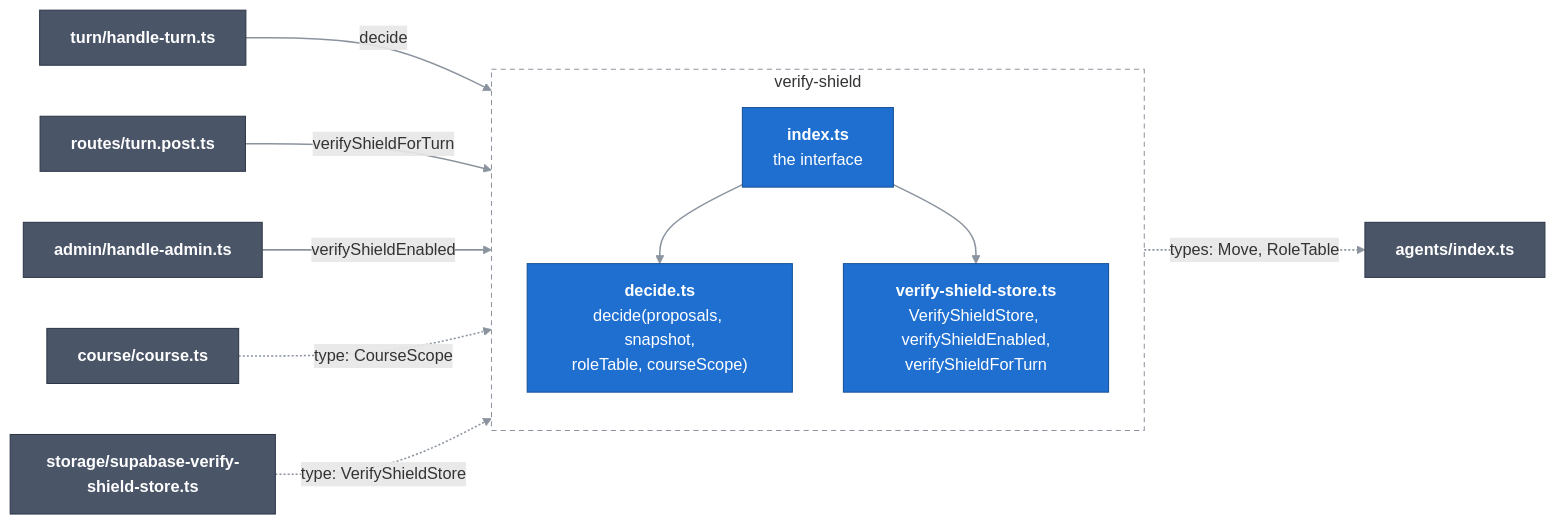
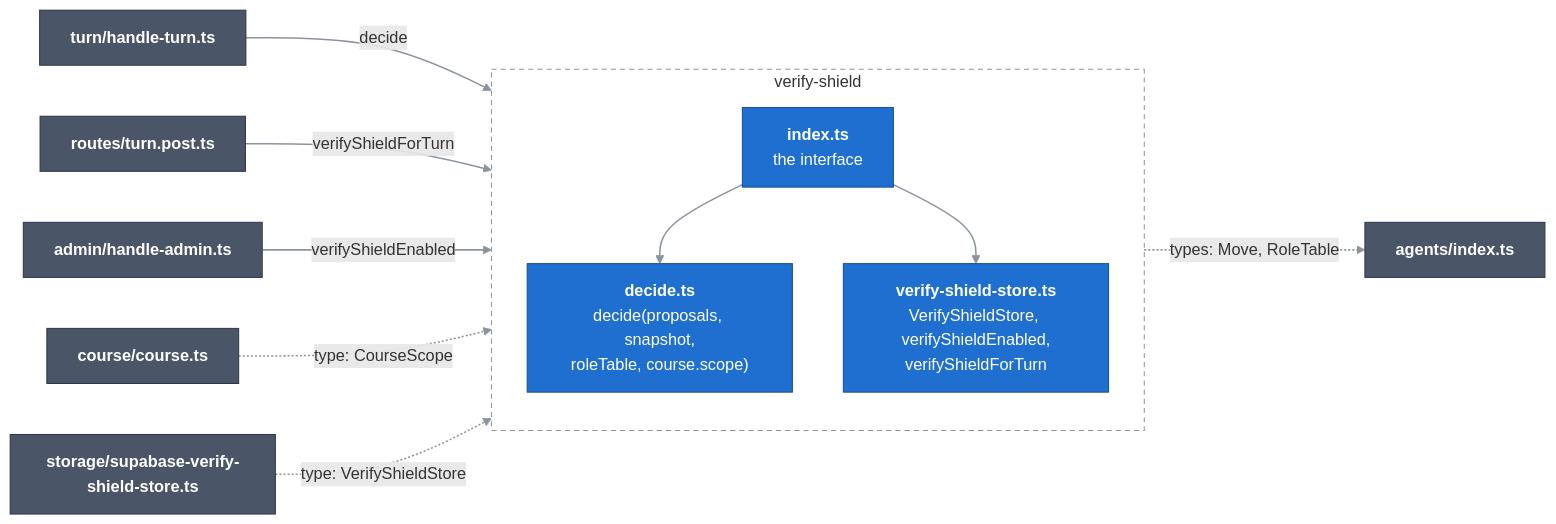
One commit to Bill2926/COS40005_HN9_Verifiable_Co-Learner_Agent changed the diagram in docs/c4/03-components/server/03-verify-shield.md. Above: the diagram before and after it, drawn with Mermaid. The commit also changed other lines of this file and 30 other files, not shown here.

````diff
--- a/docs/c4/03-components/server/03-verify-shield.md
+++ b/docs/c4/03-components/server/03-verify-shield.md
@@ -11,31 +11,31 @@
 ```mermaid
 flowchart LR
   classDef comp fill:#1f6fd0,stroke:#164f96,color:#ffffff
   classDef near fill:#4a5568,stroke:#2d3748,color:#ffffff
   linkStyle default stroke:#8b949e,stroke-width:1.5px
 
   handleTurn["<b>turn/handle-turn.ts</b>"]:::near
   turnRoute["<b>routes/turn.post.ts</b>"]:::near
   handleAdmin["<b>admin/handle-admin.ts</b>"]:::near
   course["<b>course/course.ts</b>"]:::near
   supaStore["<b>storage/supabase-verify-shield-store.ts</b>"]:::near
   agents["<b>agents/index.ts</b>"]:::near
 
   subgraph shield["verify-shield"]
     direction TB
     index["<b>index.ts</b><br/>the interface"]:::comp
-    decide["<b>decide.ts</b><br/>decide(proposals, snapshot,<br/>roleTable, courseScope)"]:::comp
+    decide["<b>decide.ts</b><br/>decide(proposals, snapshot,<br/>roleTable, course.scope)"]:::comp
     store["<b>verify-shield-store.ts</b><br/>VerifyShieldStore, verifyShieldEnabled,<br/>verifyShieldForTurn"]:::comp
   end
 
   handleTurn -->|"decide"| index
   turnRoute -->|"verifyShieldForTurn"| index
   handleAdmin -->|"verifyShieldEnabled"| index
   course -.->|"type: CourseScope"| index
   supaStore -.->|"type: VerifyShieldStore"| index
   index --> decide
   index --> store
   decide -.->|"types: Move, RoleTable"| agents
 
   style shield fill:none,stroke:#8b949e,stroke-dasharray:5 4
 ```
````
